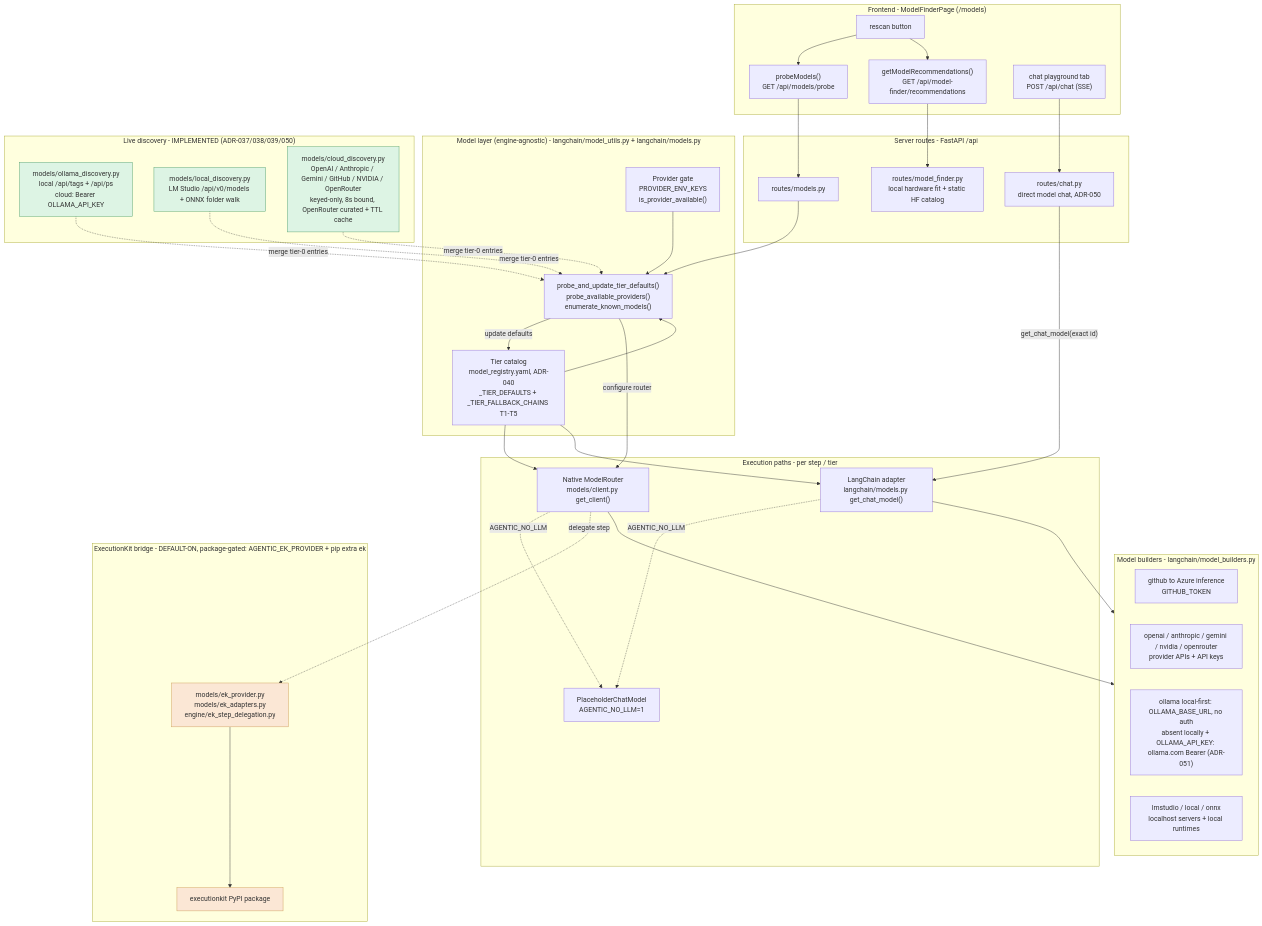
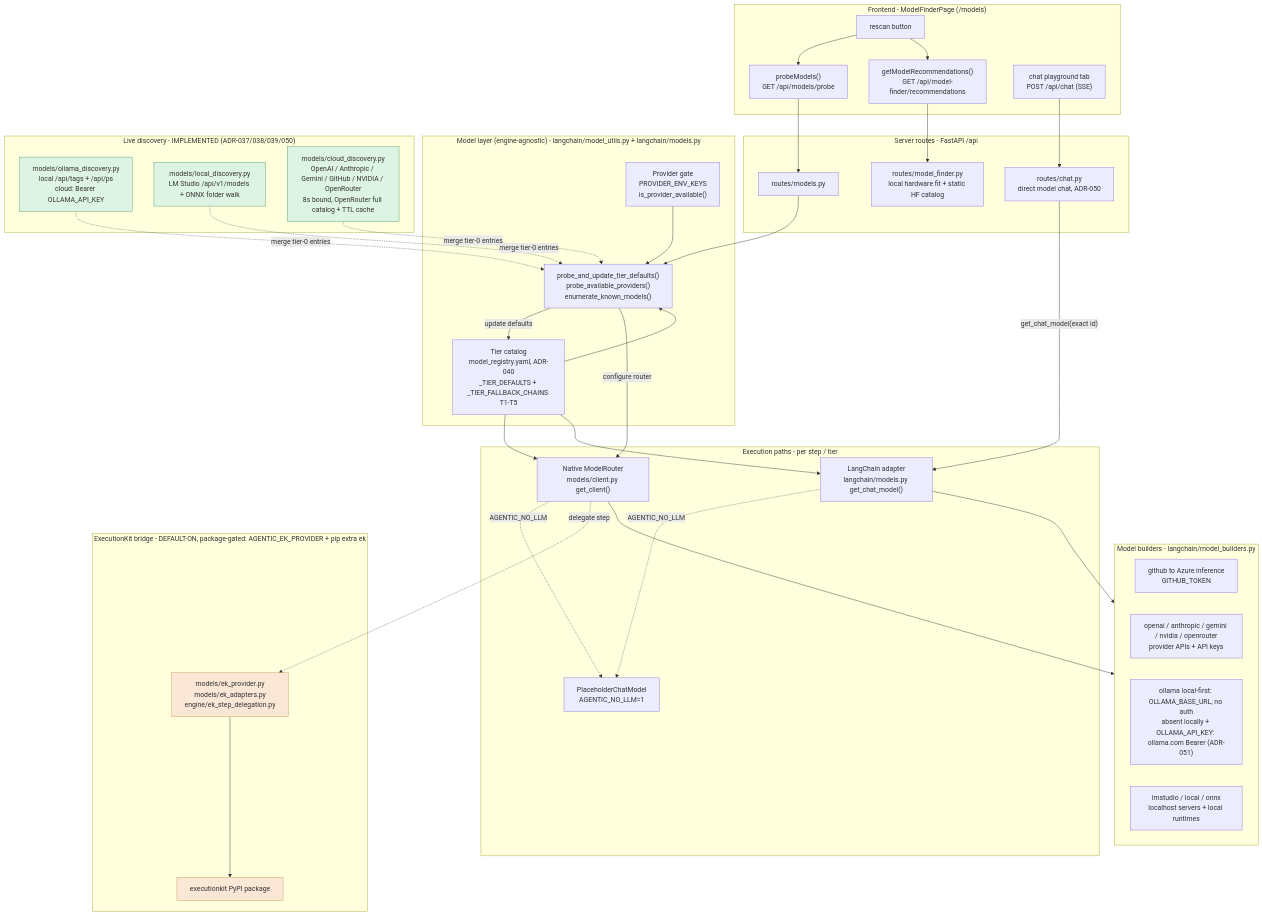
One commit to tafreeman/agentic-runtime-platform changed the first of 2 diagrams in agentic-workflows-v2/docs/MODEL_LAYER.md. Above: the diagram before and after it, drawn with Mermaid. The commit also changed other lines of this file and 149 other files, not shown here.

First line of the commit message:
feat(console): Evidence Ledger UI, model packs, LM Studio discovery (ADR-054) (#210)

````diff
--- a/agentic-workflows-v2/docs/MODEL_LAYER.md
+++ b/agentic-workflows-v2/docs/MODEL_LAYER.md
@@ -44,65 +45,65 @@
 ```mermaid
 flowchart TD
   subgraph UI["Frontend - ModelFinderPage (/models)"]
     RESCAN["rescan button"]
     PM["probeModels()<br/>GET /api/models/probe"]
     GR["getModelRecommendations()<br/>GET /api/model-finder/recommendations"]
     PLAY["chat playground tab<br/>POST /api/chat (SSE)"]
   end
   RESCAN --> PM
   RESCAN --> GR
   subgraph ROUTES["Server routes - FastAPI /api"]
     RP["routes/models.py"]
     RF["routes/model_finder.py<br/>local hardware fit + static HF catalog"]
     RC["routes/chat.py<br/>direct model chat, ADR-050"]
   end
   PM --> RP
   GR --> RF
   PLAY --> RC
   subgraph MODEL["Model layer (engine-agnostic) - langchain/model_utils.py + langchain/models.py"]
     GATE["Provider gate<br/>PROVIDER_ENV_KEYS<br/>is_provider_available()"]
     TIERS["Tier catalog<br/>model_registry.yaml, ADR-040<br/>_TIER_DEFAULTS + _TIER_FALLBACK_CHAINS T1-T5"]
     PROBE["probe_and_update_tier_defaults()<br/>probe_available_providers()<br/>enumerate_known_models()"]
   end
   RP --> PROBE
   GATE --> PROBE
   TIERS --> PROBE
   PROBE -->|update defaults| TIERS
   subgraph DISC["Live discovery - IMPLEMENTED (ADR-037/038/039/050)"]
     OD["models/ollama_discovery.py<br/>local /api/tags + /api/ps<br/>cloud: Bearer OLLAMA_API_KEY"]
-    LD["models/local_discovery.py<br/>LM Studio /api/v0/models + ONNX folder walk"]
-    CD["models/cloud_discovery.py<br/>OpenAI / Anthropic / Gemini / GitHub / NVIDIA / OpenRouter<br/>keyed-only, 8s bound, OpenRouter curated + TTL cache"]
+    LD["models/local_discovery.py<br/>LM Studio /api/v1/models + ONNX folder walk"]
+    CD["models/cloud_discovery.py<br/>OpenAI / Anthropic / Gemini / GitHub / NVIDIA / OpenRouter<br/>8s bound, OpenRouter full catalog + TTL cache"]
   end
   OD -.->|merge tier-0 entries| PROBE
   LD -.->|merge tier-0 entries| PROBE
   CD -.->|merge tier-0 entries| PROBE
   subgraph EXEC["Execution paths - per step / tier"]
     NR["Native ModelRouter<br/>models/client.py get_client()"]
     LC["LangChain adapter<br/>langchain/models.py get_chat_model()"]
     PH["PlaceholderChatModel<br/>AGENTIC_NO_LLM=1"]
   end
   PROBE -->|configure router| NR
   TIERS --> NR
   TIERS --> LC
   RC -->|"get_chat_model(exact id)"| LC
   NR -.->|AGENTIC_NO_LLM| PH
   LC -.->|AGENTIC_NO_LLM| PH
   subgraph EK["ExecutionKit bridge - DEFAULT-ON, package-gated: AGENTIC_EK_PROVIDER + pip extra ek"]
     EKP["models/ek_provider.py<br/>models/ek_adapters.py<br/>engine/ek_step_delegation.py"]
     PKG["executionkit PyPI package"]
   end
   NR -.->|delegate step| EKP
   EKP --> PKG
   subgraph BUILD["Model builders - langchain/model_builders.py"]
     B1["github to Azure inference<br/>GITHUB_TOKEN"]
     B2["openai / anthropic / gemini / nvidia / openrouter<br/>provider APIs + API keys"]
     B3["ollama local-first: OLLAMA_BASE_URL, no auth<br/>absent locally + OLLAMA_API_KEY: ollama.com Bearer (ADR-051)"]
     B4["lmstudio / local / onnx<br/>localhost servers + local runtimes"]
   end
   LC --> BUILD
   NR --> BUILD
   classDef ek fill:#fbe7d5,stroke:#cc9a55;
   classDef disc fill:#ddf4e4,stroke:#4f9d69;
   class EKP,PKG ek;
   class OD,LD,CD disc;
 ```
````
